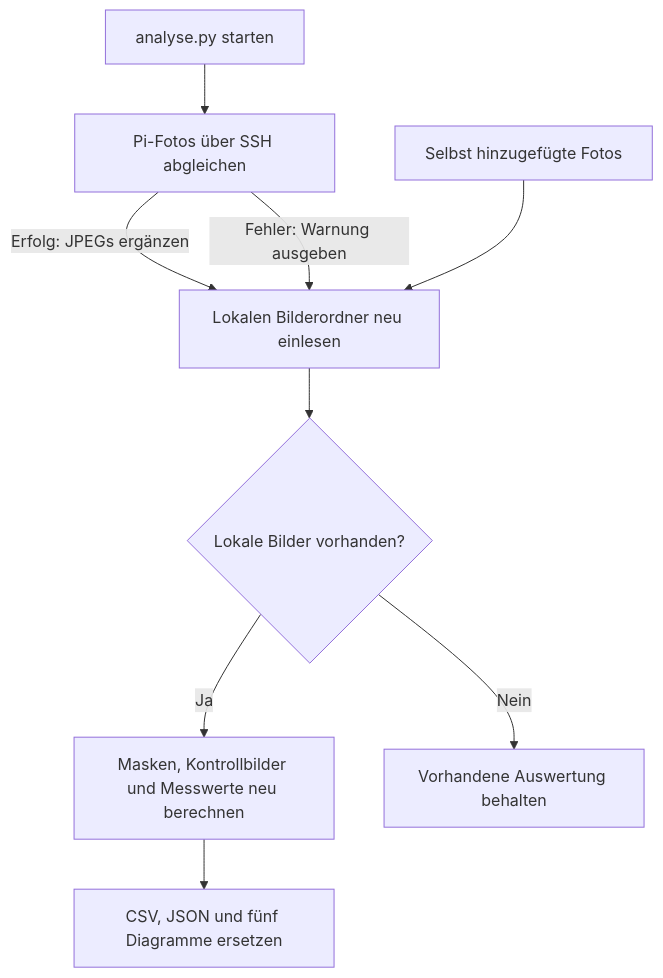
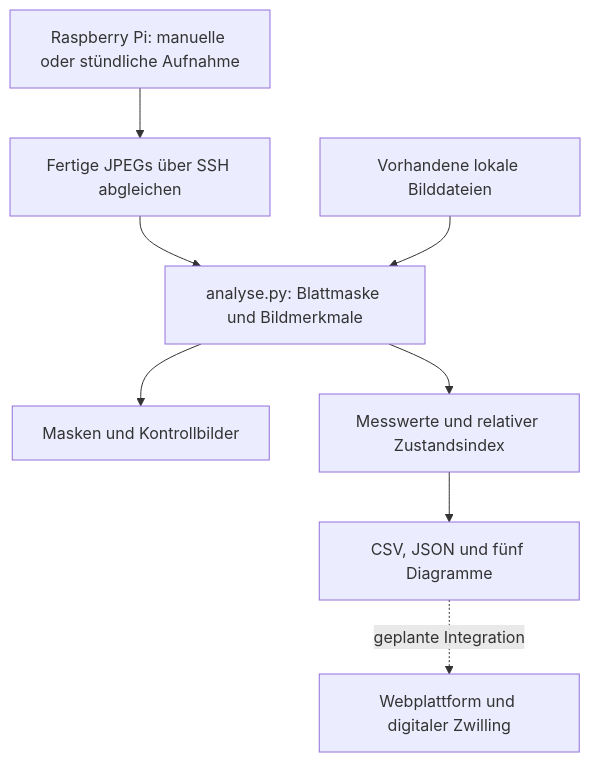
One commit to atidaashta/BioBox changed the diagram in README.md. Above: the diagram before and after it, drawn with Mermaid. The commit also changed other lines of this file and 3 other files, not shown here.

````diff
--- a/README.md
+++ b/README.md
@@ -47,11 +46,10 @@
 ```mermaid
 flowchart TD
-    Start["analyse.py starten"] --> Abruf["Pi-Fotos über SSH abgleichen"]
-    Abruf -->|Erfolg: JPEGs ergänzen| Bestand["Lokalen Bilderordner neu einlesen"]
-    Abruf -->|Fehler: Warnung ausgeben| Bestand
-    Lokal["Selbst hinzugefügte Fotos"] --> Bestand
-    Bestand --> Auswahl{"Lokale Bilder vorhanden?"}
-    Auswahl -->|Ja| Analyse["Masken, Kontrollbilder und Messwerte neu berechnen"]
-    Auswahl -->|Nein| Ende["Vorhandene Auswertung behalten"]
-    Analyse --> Ausgabe["CSV, JSON und fünf Diagramme ersetzen"]
+    Pi["Raspberry Pi: manuelle oder stündliche Aufnahme"] --> Abruf["Fertige JPEGs über SSH abgleichen"]
+    Abruf --> Analyse["analyse.py: Blattmaske und Bildmerkmale"]
+    Lokal["Vorhandene lokale Bilddateien"] --> Analyse
+    Analyse --> Kontrolle["Masken und Kontrollbilder"]
+    Analyse --> Daten["Messwerte und relativer Zustandsindex"]
+    Daten --> Ausgabe["CSV, JSON und fünf Diagramme"]
+    Ausgabe -. geplante Integration .-> Plattform["Webplattform und digitaler Zwilling"]
 ```
````
